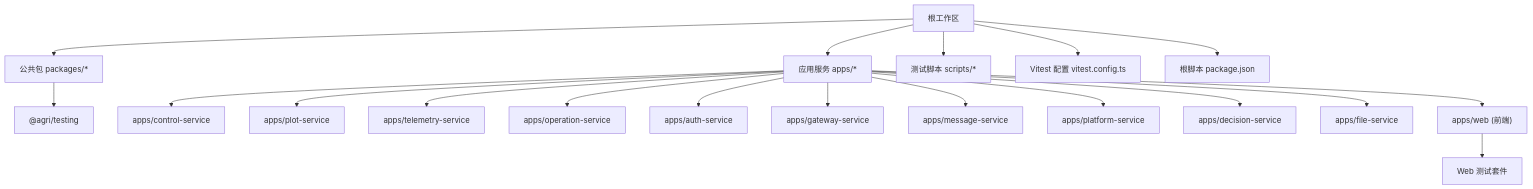
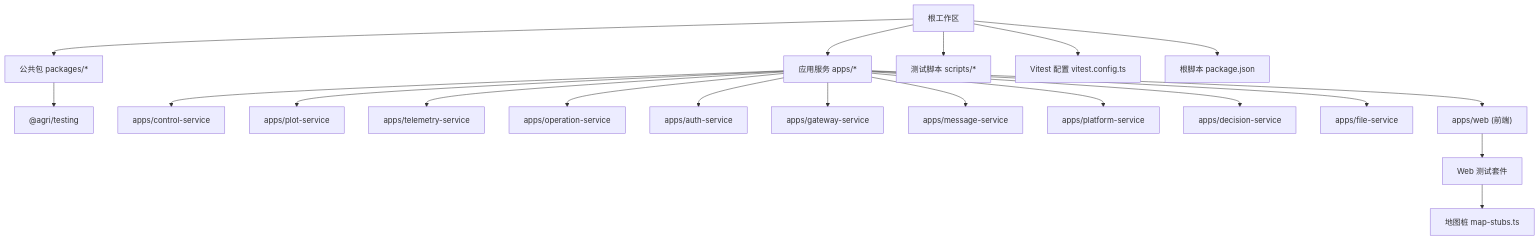
Before and after one commit to q446328246/agri-platform: the first of 29 diagrams in .qoder/repowiki/zh/content/测试策略/测试策略.md, drawn with Mermaid. The commit also changed other lines of this file and 47 other files, not shown here.

````diff
--- a/.qoder/repowiki/zh/content/测试策略/测试策略.md
+++ b/.qoder/repowiki/zh/content/测试策略/测试策略.md
@@ -53,21 +54,22 @@
 ```mermaid
 graph TB
 Root["根工作区"] --> Apps["应用服务 apps/*"]
 Root --> Packages["公共包 packages/*"]
 Root --> Scripts["测试脚本 scripts/*"]
 Root --> VCfg["Vitest 配置 vitest.config.ts"]
 Root --> PkgJson["根脚本 package.json"]
 Packages --> Testing["@agri/testing"]
 Apps --> ControlService["apps/control-service"]
 Apps --> PlotService["apps/plot-service"]
 Apps --> TelemetryService["apps/telemetry-service"]
 Apps --> OperationService["apps/operation-service"]
 Apps --> AuthService["apps/auth-service"]
 Apps --> GatewayService["apps/gateway-service"]
 Apps --> MessageService["apps/message-service"]
 Apps --> PlatformService["apps/platform-service"]
 Apps --> DecisionService["apps/decision-service"]
 Apps --> FileService["apps/file-service"]
 Apps --> WebApp["apps/web (前端)"]
 WebApp --> WebTests["Web 测试套件"]
+WebTests --> MapStubs["地图桩 map-stubs.ts"]
 ```
````
